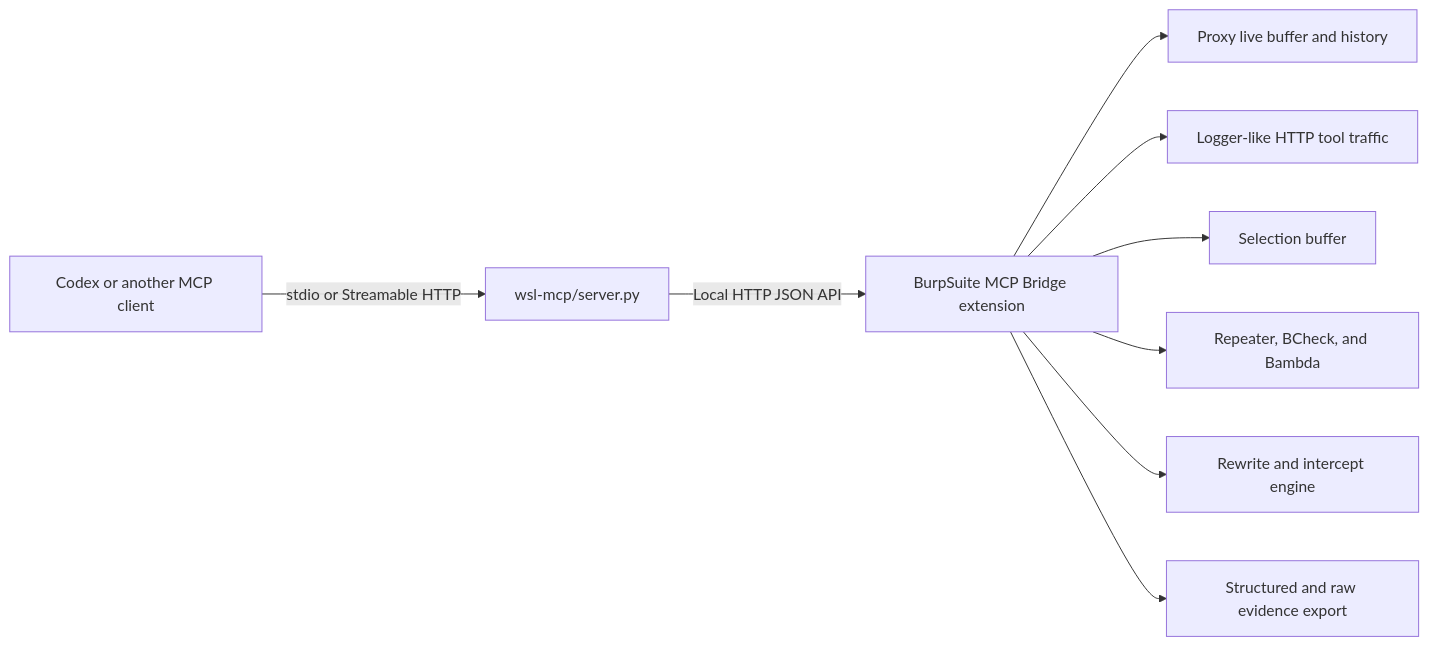
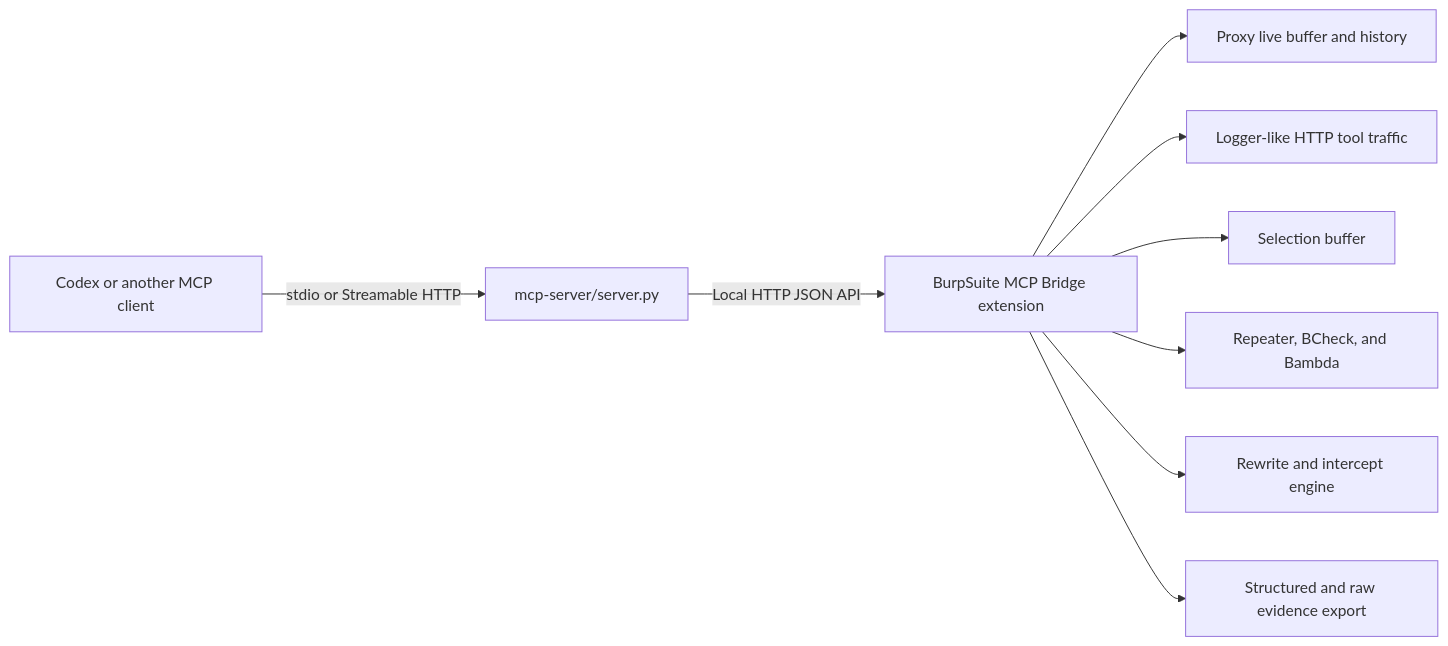
One commit to 6jeffr3y/burpsuite-mcp-bridge changed the diagram in README_EN.md. Above: the diagram before and after it, drawn with Mermaid. The commit also changed other lines of this file and 27 other files, not shown here.

````diff
--- a/README_EN.md
+++ b/README_EN.md
@@ -26,11 +26,11 @@
 ```mermaid
 flowchart LR
-  C[Codex or another MCP client] -->|stdio or Streamable HTTP| M[wsl-mcp/server.py]
+  C[Codex or another MCP client] -->|stdio or Streamable HTTP| M[mcp-server/server.py]
   M -->|Local HTTP JSON API| B[BurpSuite MCP Bridge extension]
   B --> P[Proxy live buffer and history]
   B --> L[Logger-like HTTP tool traffic]
   B --> S[Selection buffer]
   B --> R[Repeater, BCheck, and Bambda]
   B --> W[Rewrite and intercept engine]
   B --> E[Structured and raw evidence export]
 ```
````
